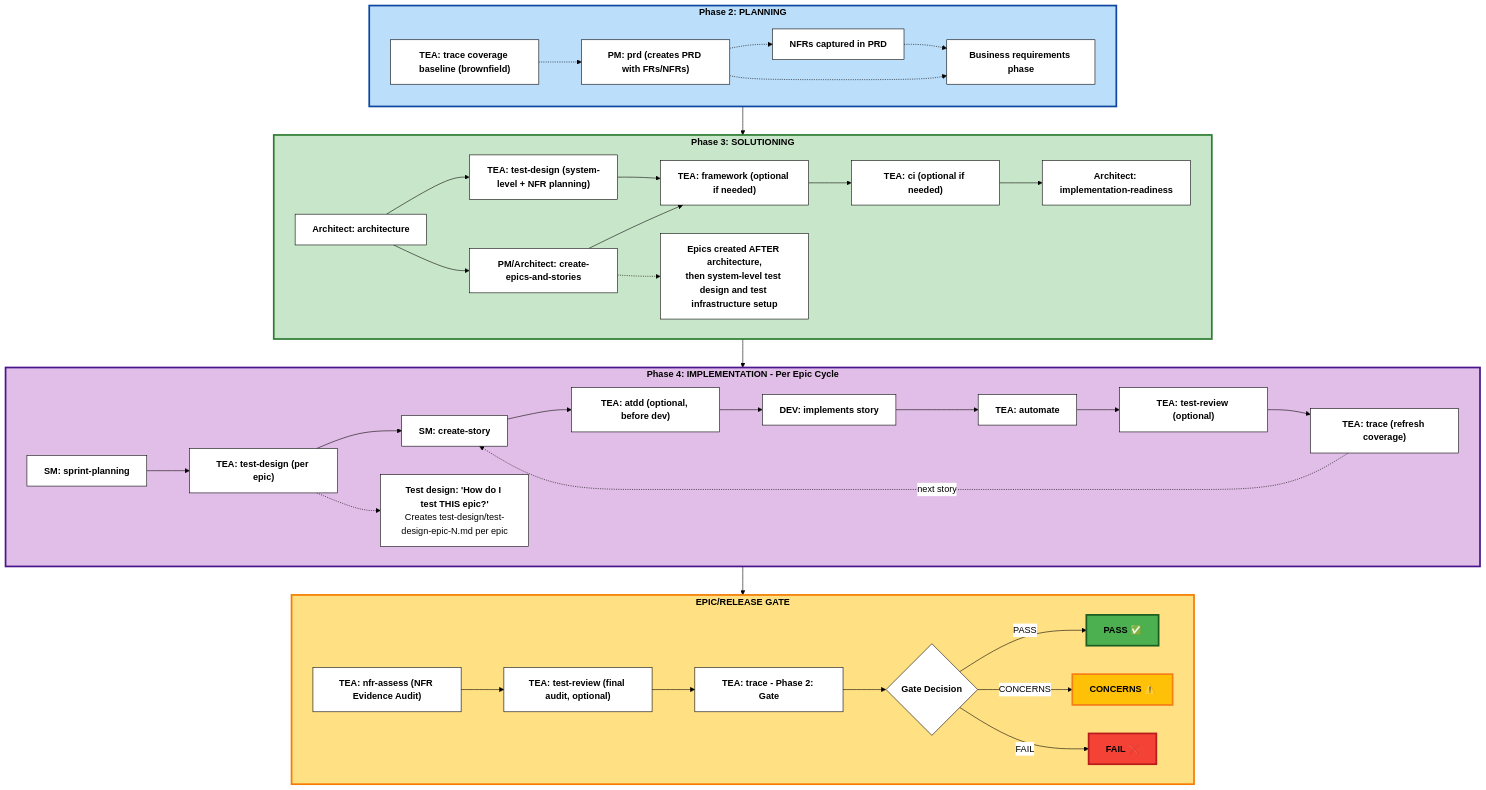
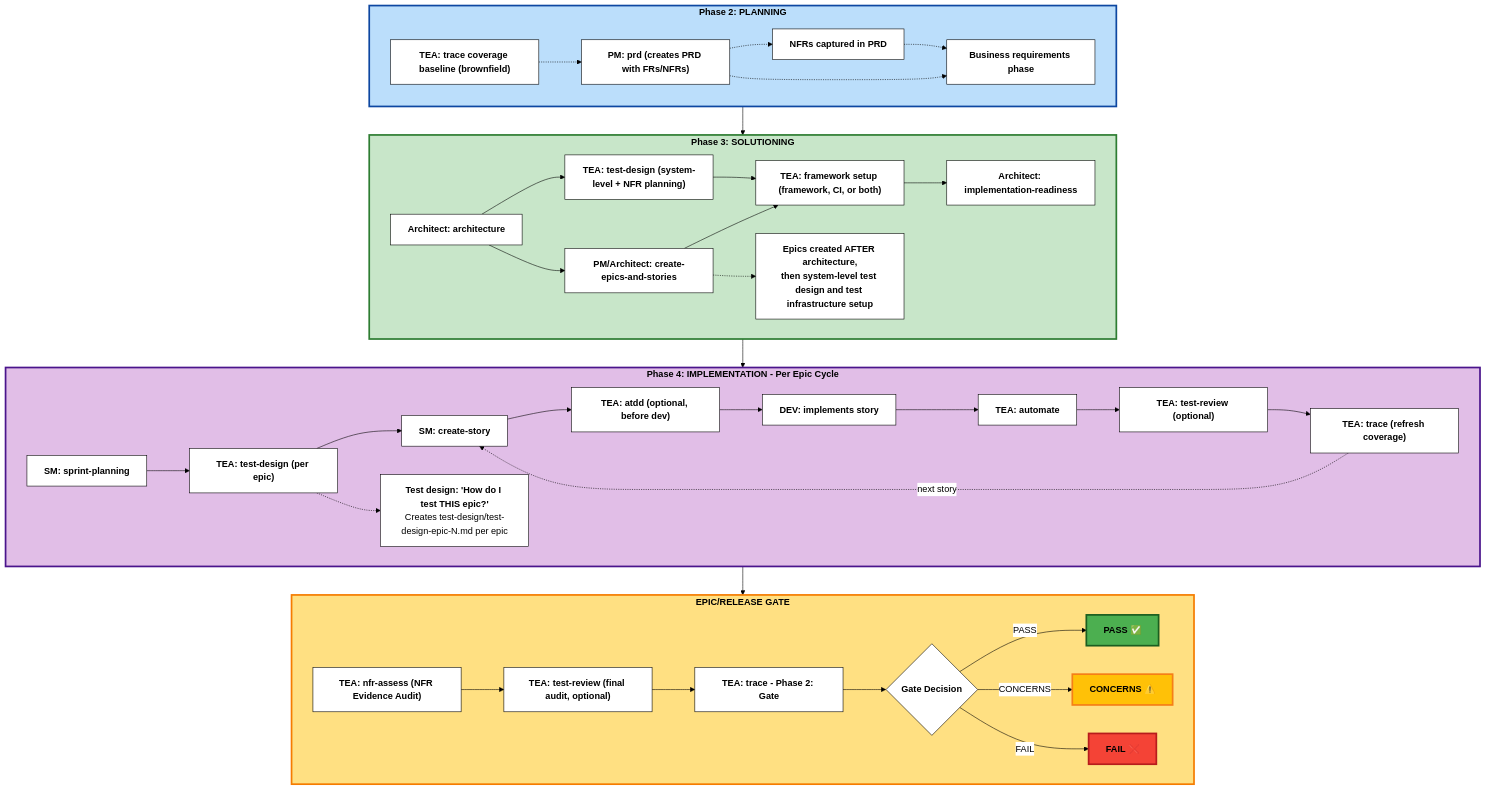
One commit to bmad-code-org/bmad-method-test-architecture-enterprise changed the diagram in docs/explanation/tea-overview.md. Above: the diagram before and after it, drawn with Mermaid. The commit also changed other lines of this file and 109 other files, not shown here.

First line of the commit message:
feat(skills): combine framework and CI setup

````diff
--- a/docs/explanation/tea-overview.md
+++ b/docs/explanation/tea-overview.md
@@ -61,79 +66,77 @@
 ```mermaid
 %%{init: {'theme':'base', 'themeVariables': { 'primaryColor':'#fff','primaryTextColor':'#000','primaryBorderColor':'#000','lineColor':'#000','secondaryColor':'#fff','tertiaryColor':'#fff','fontSize':'16px','fontFamily':'arial'}}}%%
 graph TB
     subgraph Phase2["<b>Phase 2: PLANNING</b>"]
         TraceBaseline["<b>TEA: trace coverage baseline (brownfield)</b>"]
         PM["<b>PM: prd (creates PRD with FRs/NFRs)</b>"]
         TraceBaseline -.-> PM
         PlanNote["<b>Business requirements phase</b>"]
         PrdNfr["<b>NFRs captured in PRD</b>"]
         PM -.-> PrdNfr
         PrdNfr -.-> PlanNote
         PM -.-> PlanNote
     end
 
     subgraph Phase3["<b>Phase 3: SOLUTIONING</b>"]
         Architecture["<b>Architect: architecture</b>"]
         EpicsStories["<b>PM/Architect: create-epics-and-stories</b>"]
         TestDesignSys["<b>TEA: test-design (system-level + NFR planning)</b>"]
-        Framework["<b>TEA: framework (optional if needed)</b>"]
-        CI["<b>TEA: ci (optional if needed)</b>"]
+        Framework["<b>TEA: framework setup (framework, CI, or both)</b>"]
         GateCheck["<b>Architect: implementation-readiness</b>"]
         Architecture --> EpicsStories
         Architecture --> TestDesignSys
         TestDesignSys --> Framework
         EpicsStories --> Framework
-        Framework --> CI
-        CI --> GateCheck
+        Framework --> GateCheck
         Phase3Note["<b>Epics created AFTER architecture,</b><br/><b>then system-level test design and test infrastructure setup</b>"]
         EpicsStories -.-> Phase3Note
     end
 
     subgraph Phase4["<b>Phase 4: IMPLEMENTATION - Per Epic Cycle</b>"]
         SprintPlan["<b>SM: sprint-planning</b>"]
         TestDesign["<b>TEA: test-design (per epic)</b>"]
         CreateStory["<b>SM: create-story</b>"]
         ATDD["<b>TEA: atdd (optional, before dev)</b>"]
         DevImpl["<b>DEV: implements story</b>"]
         Automate["<b>TEA: automate</b>"]
         TestReview1["<b>TEA: test-review (optional)</b>"]
         Trace1["<b>TEA: trace (refresh coverage)</b>"]
 
         SprintPlan --> TestDesign
         TestDesign --> CreateStory
         CreateStory --> ATDD
         ATDD --> DevImpl
         DevImpl --> Automate
         Automate --> TestReview1
         TestReview1 --> Trace1
         Trace1 -.->|next story| CreateStory
         TestDesignNote["<b>Test design: 'How do I test THIS epic?'</b><br/>Creates test-design/test-design-epic-N.md per epic"]
         TestDesign -.-> TestDesignNote
     end
 
     subgraph Gate["<b>EPIC/RELEASE GATE</b>"]
         NFR["<b>TEA: nfr-assess (NFR Evidence Audit)</b>"]
         TestReview2["<b>TEA: test-review (final audit, optional)</b>"]
         TraceGate["<b>TEA: trace - Phase 2: Gate</b>"]
         GateDecision{"<b>Gate Decision</b>"}
 
         NFR --> TestReview2
         TestReview2 --> TraceGate
         TraceGate --> GateDecision
         GateDecision -->|PASS| Pass["<b>PASS ✅</b>"]
         GateDecision -->|CONCERNS| Concerns["<b>CONCERNS ⚠️</b>"]
         GateDecision -->|FAIL| Fail["<b>FAIL ❌</b>"]
     end
 
     Phase2 --> Phase3
     Phase3 --> Phase4
     Phase4 --> Gate
 
     style Phase2 fill:#bbdefb,stroke:#0d47a1,stroke-width:3px,color:#000
     style Phase3 fill:#c8e6c9,stroke:#2e7d32,stroke-width:3px,color:#000
     style Phase4 fill:#e1bee7,stroke:#4a148c,stroke-width:3px,color:#000
     style Gate fill:#ffe082,stroke:#f57c00,stroke-width:3px,color:#000
     style Pass fill:#4caf50,stroke:#1b5e20,stroke-width:3px,color:#000
     style Concerns fill:#ffc107,stroke:#f57f17,stroke-width:3px,color:#000
     style Fail fill:#f44336,stroke:#b71c1c,stroke-width:3px,color:#000
 ```
````
